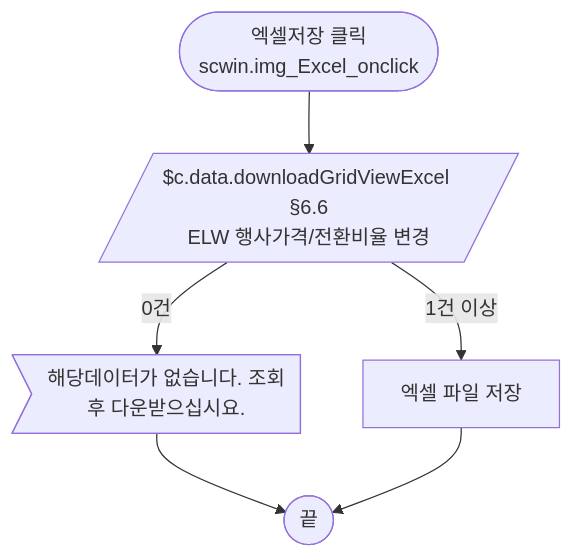
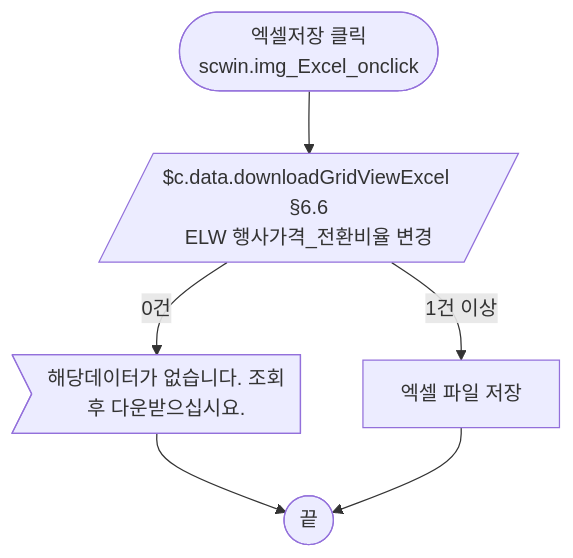
The fifth of 9 diagrams in conversion/gfm-front/ui/ULDSTF05911/ULDSTF05911.md (jcpark-alt/KRX_CRAFT), drawn with Mermaid before and after one commit. The commit also changed other lines of this file and 2 other files, not shown here.

````diff
--- a/conversion/gfm-front/ui/ULDSTF05911/ULDSTF05911.md
+++ b/conversion/gfm-front/ui/ULDSTF05911/ULDSTF05911.md
@@ -152,6 +152,6 @@
 ```mermaid
 flowchart TD
-    S(["엑셀저장 클릭<br/>scwin.img_Excel_onclick"]) --> X[/"$c.data.downloadGridViewExcel §6.6<br/>ELW 행사가격/전환비율 변경"/]
+    S(["엑셀저장 클릭<br/>scwin.img_Excel_onclick"]) --> X[/"$c.data.downloadGridViewExcel §6.6<br/>ELW 행사가격_전환비율 변경"/]
     X -- "0건" --> M>"해당데이터가 없습니다. 조회후 다운받으십시요."] --> E1(["끝"])
     X -- "1건 이상" --> F["엑셀 파일 저장"] --> E1
 ```
````
